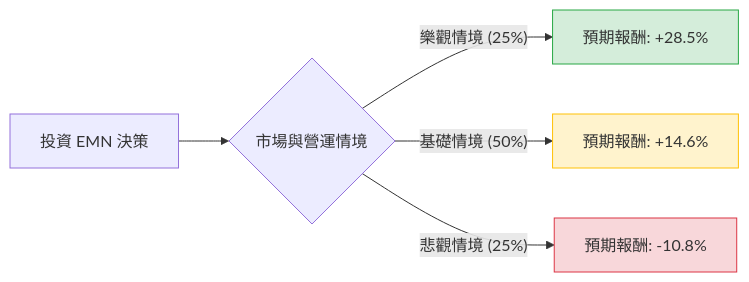
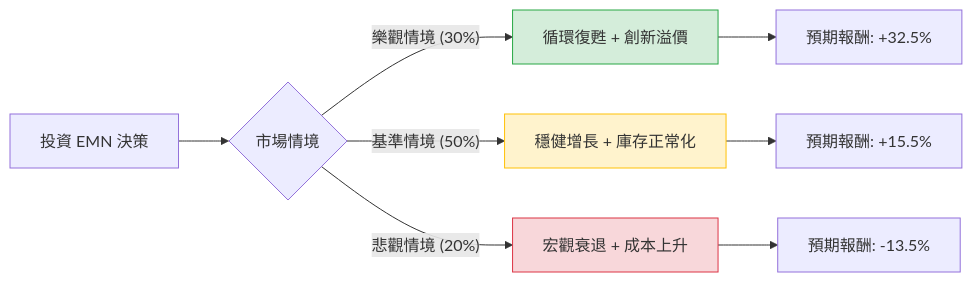
The diagram in plugin-react/ai-analysis/ev-analysis/EMN.md (zmcx16/zmcx16.github.io), drawn with Mermaid before and after one commit. The commit also changed other lines of this file and 50 other files, not shown here.

````diff
--- a/plugin-react/ai-analysis/ev-analysis/EMN.md
+++ b/plugin-react/ai-analysis/ev-analysis/EMN.md
@@ -19,12 +16,16 @@
 ```mermaid
 graph LR
-    A[投資 EMN 決策] --> B{市場與營運情境}
+    A[投資 EMN 決策] --> B{市場情境}
     
-    B -- 樂觀情境 (25%) --> C[預期報酬: +28.5%]
-    B -- 基礎情境 (50%) --> D[預期報酬: +14.6%]
-    B -- 悲觀情境 (25%) --> E[預期報酬: -10.8%]
+    B -- 樂觀情境 (30%) --> C[循環復甦 + 創新溢價]
+    B -- 基準情境 (50%) --> D[穩健增長 + 庫存正常化]
+    B -- 悲觀情境 (20%) --> E[宏觀衰退 + 成本上升]
+
+    C --> C1[預期報酬: +32.5%]
+    D --> D1[預期報酬: +15.5%]
+    E --> E1[預期報酬: -13.5%]
 
     style C fill:#d4edda,stroke:#28a745
     style D fill:#fff3cd,stroke:#ffc107
     style E fill:#f8d7da,stroke:#dc3545
 ```
````
